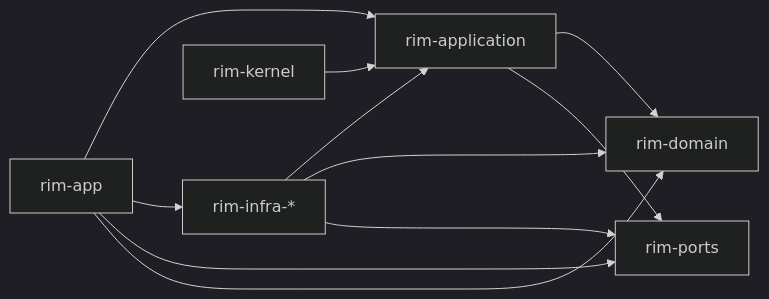
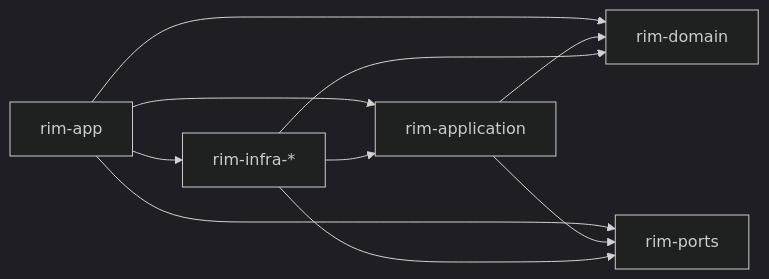
Before and after one commit to zooeywm/rim: the diagram in docs/src/content/docs/architecture/dependency-rules.mdx, drawn with Mermaid (dark theme). The commit also changed other lines of this file and 27 other files, not shown here.

Commit message:
refactor: remove rim-kernel and finalize layered hexagonal architecture

````diff
--- a/docs/src/content/docs/architecture/dependency-rules.mdx
+++ b/docs/src/content/docs/architecture/dependency-rules.mdx
@@ -12,13 +12,12 @@
 ```mermaid
 graph LR
     App["rim-app"] --> Application["rim-application"]
     App --> Infra["rim-infra-*"]
     App --> Ports["rim-ports"]
     App --> Domain["rim-domain"]
     Application --> Domain
     Application --> Ports
     Infra --> Application
     Infra --> Domain
     Infra --> Ports
-    Kernel["rim-kernel"] --> Application
 ```
````
